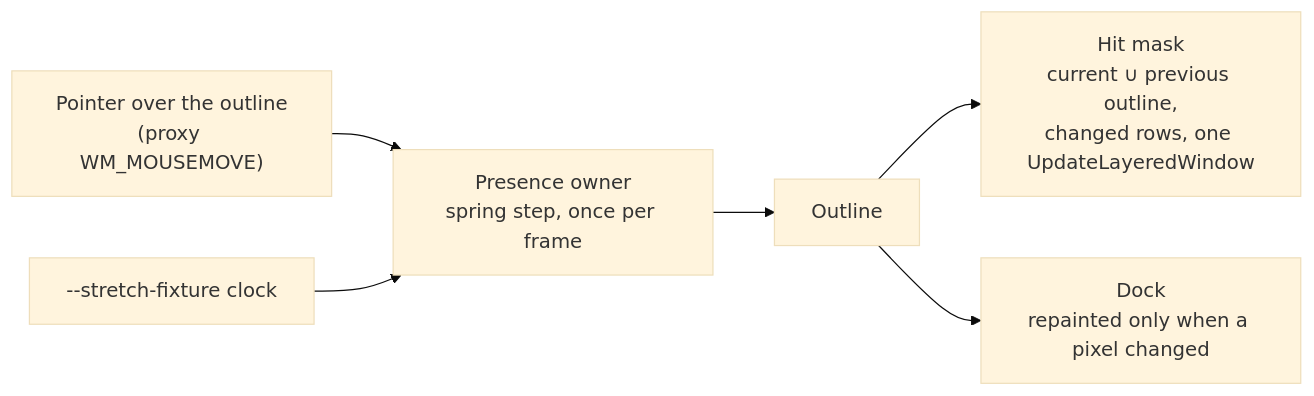
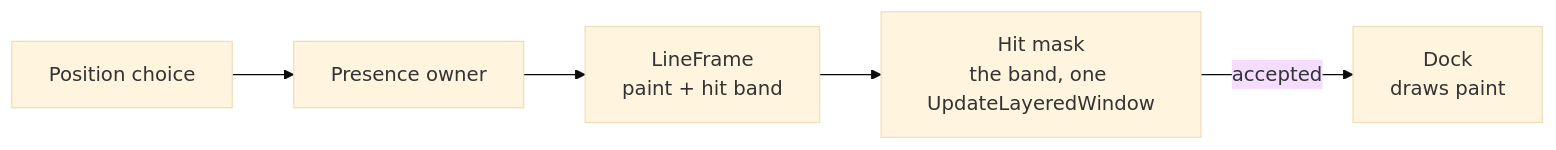
The second of 3 diagrams in docs/development/presence.md (labcoder/capsula), drawn with Mermaid (base theme) before and after one commit. The commit also changed other lines of this file and 30 other files, not shown here.

Commit message:
feat(shell): draw the dock as an antialiased line

````diff
--- a/docs/development/presence.md
+++ b/docs/development/presence.md
@@ -89,8 +96,7 @@
 ```mermaid
 flowchart LR
-    Ptr["Pointer over the outline<br/>(proxy WM_MOUSEMOVE)"] --> Owner
-    Fix["--stretch-fixture clock"] --> Owner
-    Owner["Presence owner<br/>spring step, once per frame"] --> Out["Outline"]
-    Out --> Mask["Hit mask<br/>current ∪ previous outline,<br/>changed rows, one UpdateLayeredWindow"]
-    Out --> Dock["Dock<br/>repainted only when a pixel changed"]
+    Pos["Position choice"] --> Owner["Presence owner"]
+    Owner --> Frame["LineFrame<br/>paint + hit band"]
+    Frame --> Mask["Hit mask<br/>the band, one UpdateLayeredWindow"]
+    Mask -->|accepted| Dock["Dock<br/>draws paint"]
 ```
````
